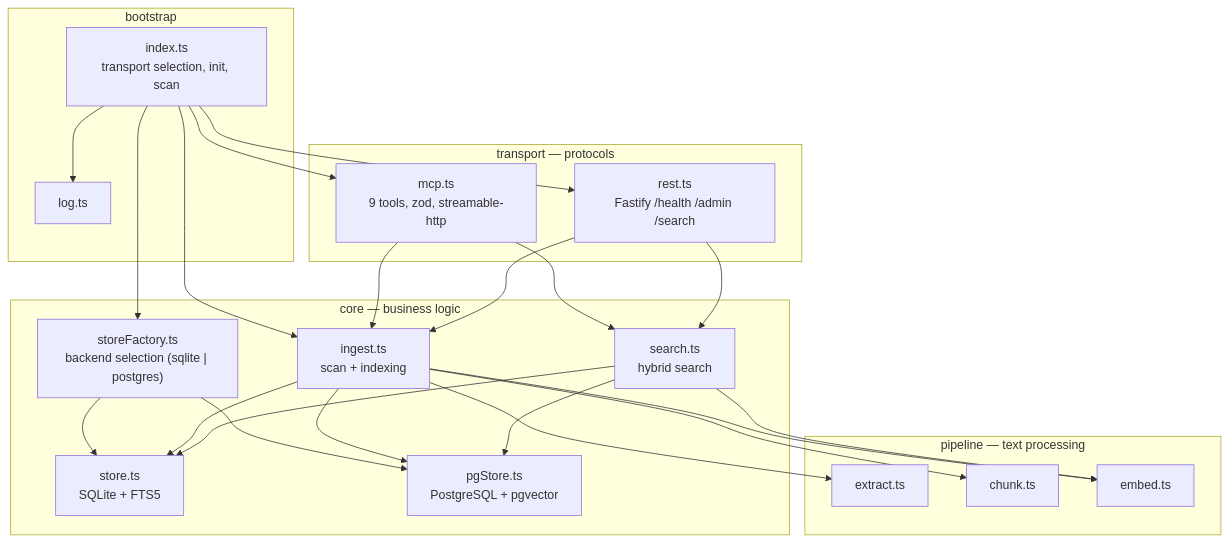
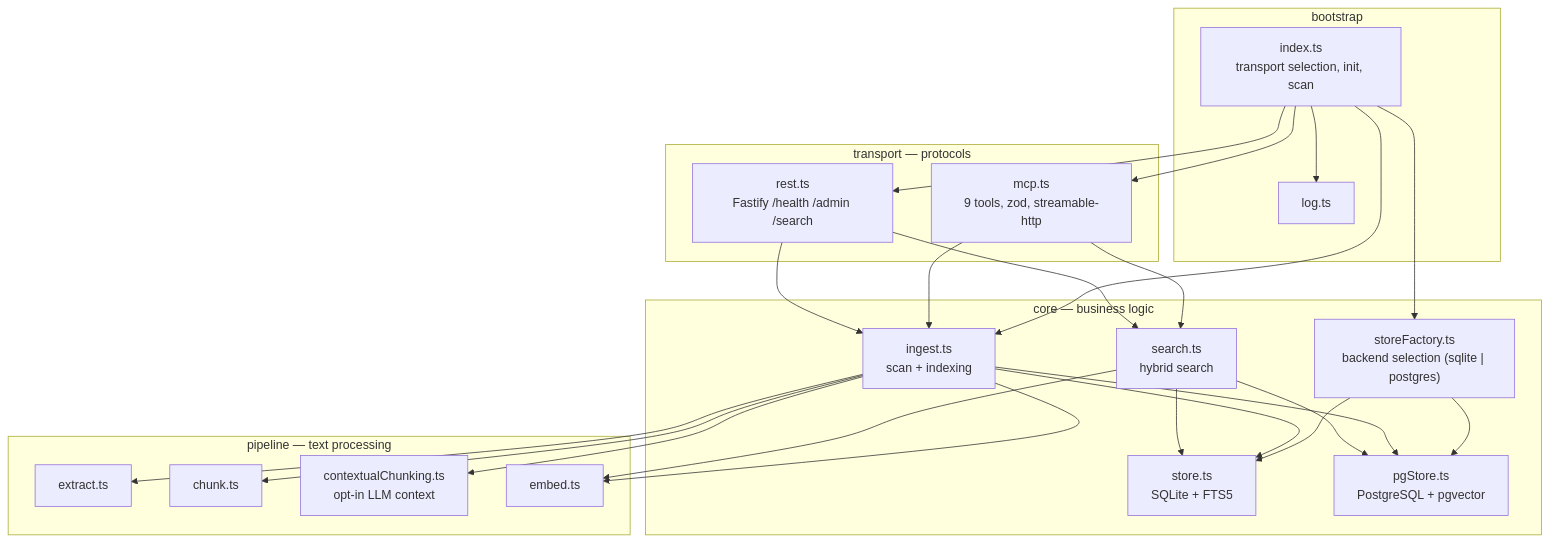
Before and after one commit to openhoat/rag-hub-mcp: the first of 3 diagrams in docs/guide/architecture.md, drawn with Mermaid. The commit also changed other lines of this file and 2 other files, not shown here.

Commit message:
docs: document contextual chunking configuration and self-contained rag_search queries

````diff
--- a/docs/guide/architecture.md
+++ b/docs/guide/architecture.md
@@ -9,46 +9,48 @@
 ```mermaid
 graph TD
     subgraph BOOT["bootstrap"]
         INDEX["index.ts<br/>transport selection, init, scan"]
         LOG["log.ts"]
     end
 
     subgraph TRANSPORT["transport — protocols"]
         MCP["mcp.ts<br/>9 tools, zod, streamable-http"]
         REST["rest.ts<br/>Fastify /health /admin /search"]
     end
 
     subgraph CORE["core — business logic"]
         FACTORY["storeFactory.ts<br/>backend selection (sqlite | postgres)"]
         STORE["store.ts<br/>SQLite + FTS5"]
         PGSTORE["pgStore.ts<br/>PostgreSQL + pgvector"]
         INGEST["ingest.ts<br/>scan + indexing"]
         SEARCH["search.ts<br/>hybrid search"]
     end
 
     subgraph PIPELINE["pipeline — text processing"]
         EXTRACT["extract.ts"]
         CHUNK["chunk.ts"]
+        CONTEXT["contextualChunking.ts<br/>opt-in LLM context"]
         EMBED["embed.ts"]
     end
 
     INDEX --> LOG
     INDEX --> FACTORY
     FACTORY --> STORE
     FACTORY --> PGSTORE
     INDEX --> INGEST
     INDEX --> MCP
     INDEX --> REST
     MCP --> INGEST
     MCP --> SEARCH
     REST --> INGEST
     REST --> SEARCH
     INGEST --> STORE
     INGEST --> PGSTORE
     INGEST --> EXTRACT
     INGEST --> CHUNK
+    INGEST --> CONTEXT
     INGEST --> EMBED
     SEARCH --> EMBED
     SEARCH --> STORE
     SEARCH --> PGSTORE
 ```
````
